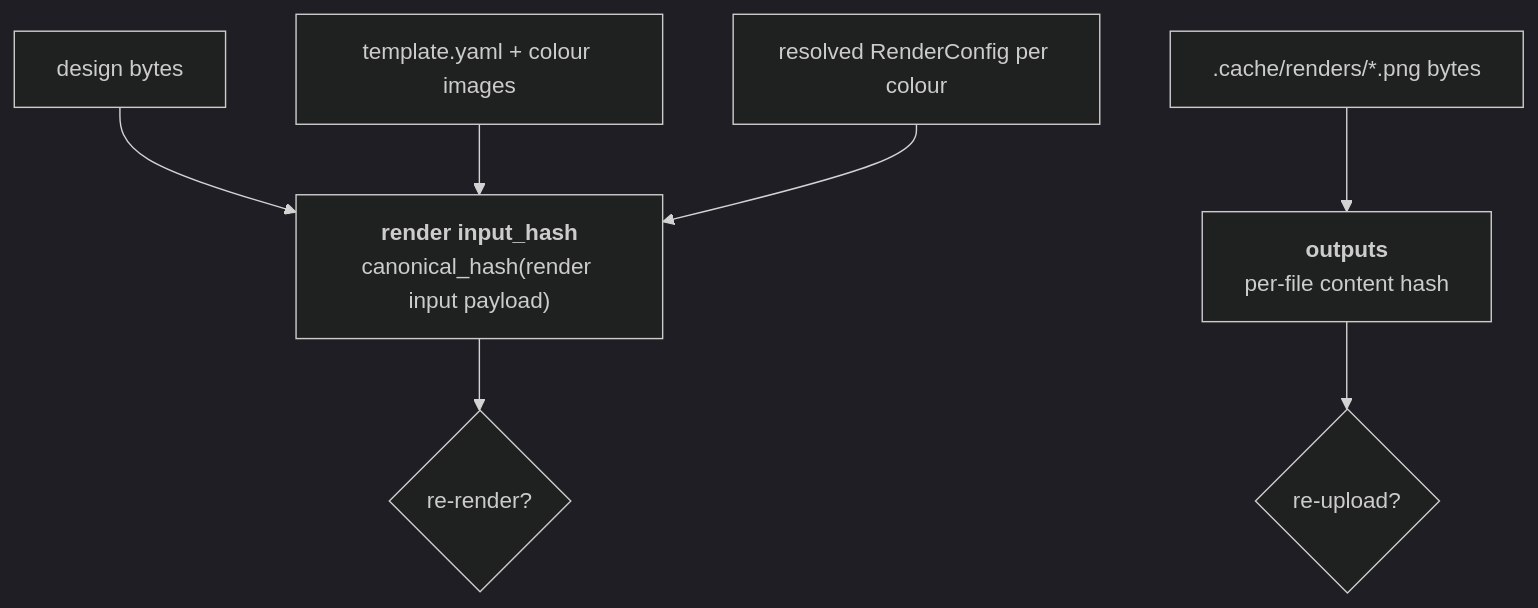
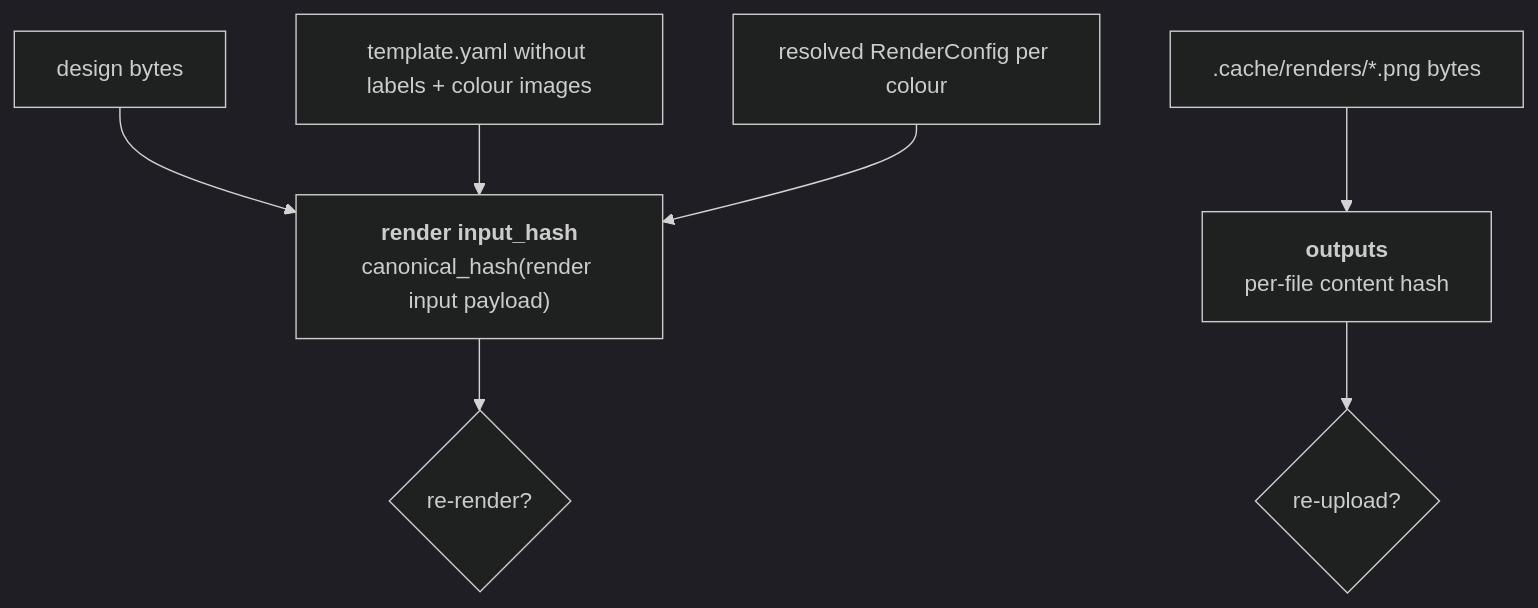
The fourth of 5 diagrams in docs/architecture.md (eli-jordan/etsy-listing-automation), drawn with Mermaid (dark theme) before and after one commit. The commit also changed other lines of this file and 27 other files, not shown here.

````diff
--- a/docs/architecture.md
+++ b/docs/architecture.md
@@ -289,10 +289,10 @@
 ```mermaid
 graph TD
     Design["design bytes"] --> IH
-    Template["template.yaml + colour images"] --> IH
+    Template["template.yaml without labels + colour images"] --> IH
     Cfg["resolved RenderConfig per colour"] --> IH
     IH["<b>render input_hash</b><br/>canonical_hash(render input payload)"] --> Rerender{"re-render?"}
 
     Png[".cache/renders/*.png bytes"] --> OH["<b>outputs</b><br/>per-file content hash"]
     OH --> Reupload{"re-upload?"}
 ```
````
